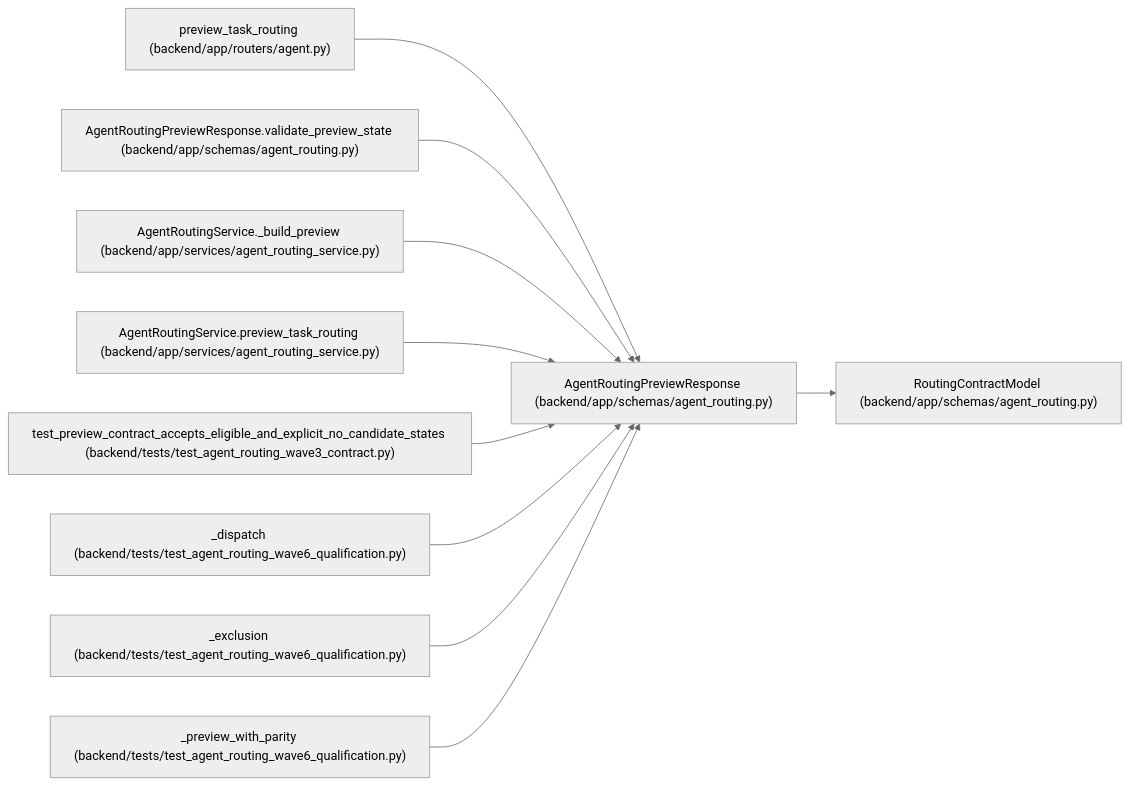
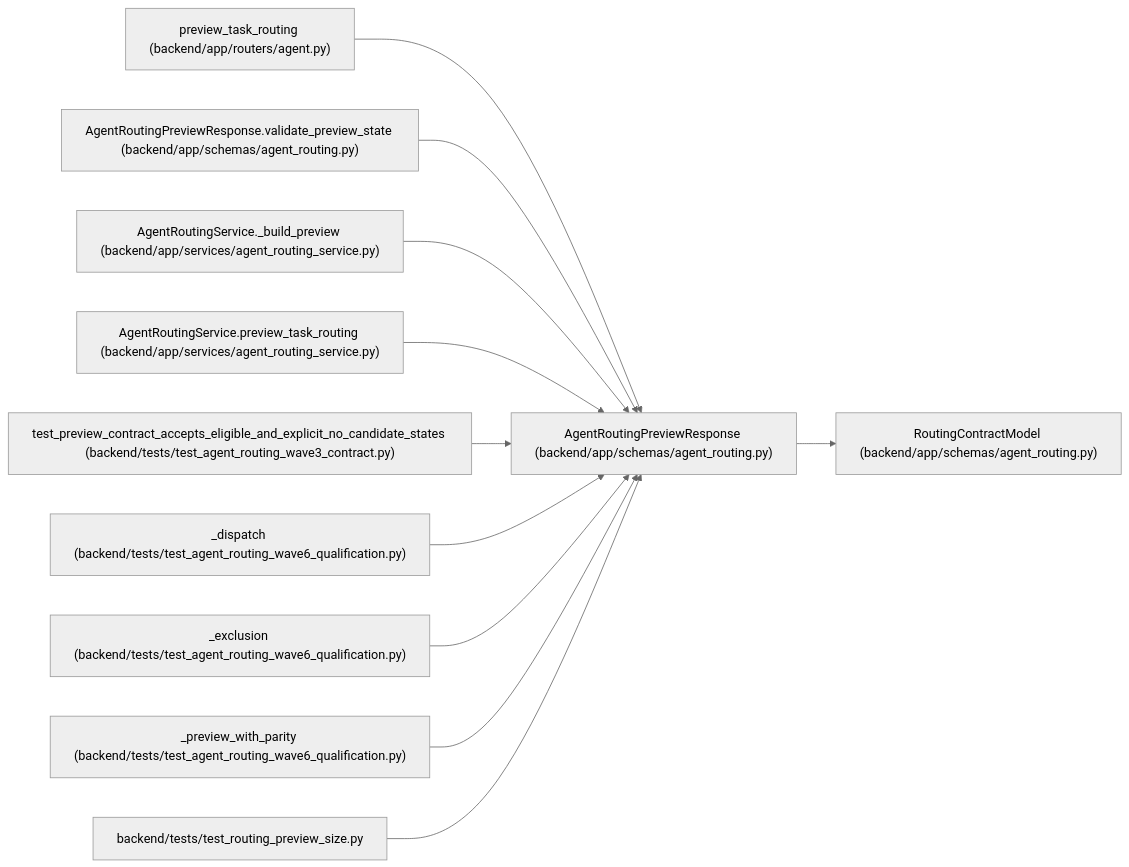
Before and after one commit to Denissvgn/WorkChord: the diagram in docs/llm_wiki/entities/agent_routing_AgentRoutingPreviewResponse.md, drawn with Mermaid (neutral theme). The commit also changed other lines of this file and 636 other files, not shown here.

````diff
--- a/docs/llm_wiki/entities/agent_routing_AgentRoutingPreviewResponse.md
+++ b/docs/llm_wiki/entities/agent_routing_AgentRoutingPreviewResponse.md
@@ -62,32 +62,35 @@
 ```mermaid
 flowchart LR
     n0["AgentRoutingPreviewResponse (backend/app/schemas/agent_routing.py)"]
     n1["RoutingContractModel (backend/app/schemas/agent_routing.py)"]
     n2["preview_task_routing (backend/app/routers/agent.py)"]
     n3["AgentRoutingPreviewResponse.validate_preview_state (backend/app/schemas/agent_routing.py)"]
     n4["AgentRoutingService._build_preview (backend/app/services/agent_routing_service.py)"]
     n5["AgentRoutingService.preview_task_routing (backend/app/services/agent_routing_service.py)"]
     n6["test_preview_contract_accepts_eligible_and_explicit_no_candidate_states (backend/tests/test_agent_routing_wave3_contract.py)"]
     n7["_dispatch (backend/tests/test_agent_routing_wave6_qualification.py)"]
     n8["_exclusion (backend/tests/test_agent_routing_wave6_qualification.py)"]
     n9["_preview_with_parity (backend/tests/test_agent_routing_wave6_qualification.py)"]
+    n10["backend/tests/test_routing_preview_size.py"]
     n0 --> n1
     n2 --> n0
     n3 --> n0
     n4 --> n0
     n5 --> n0
     n6 --> n0
     n7 --> n0
     n8 --> n0
     n9 --> n0
+    n10 --> n0
     click n0 "../modules/agent_routing.md"
     click n1 "../modules/agent_routing.md"
     click n2 "../modules/routers_agent.md"
     click n3 "../modules/agent_routing.md"
     click n4 "../modules/agent_routing_service.md"
     click n5 "../modules/agent_routing_service.md"
     click n6 "../modules/test_agent_routing_wave3_contract.md"
     click n7 "../modules/test_agent_routing_wave6_qualification.md"
     click n8 "../modules/test_agent_routing_wave6_qualification.md"
     click n9 "../modules/test_agent_routing_wave6_qualification.md"
+    click n10 "../modules/test_routing_preview_size.md"
 ```
````
